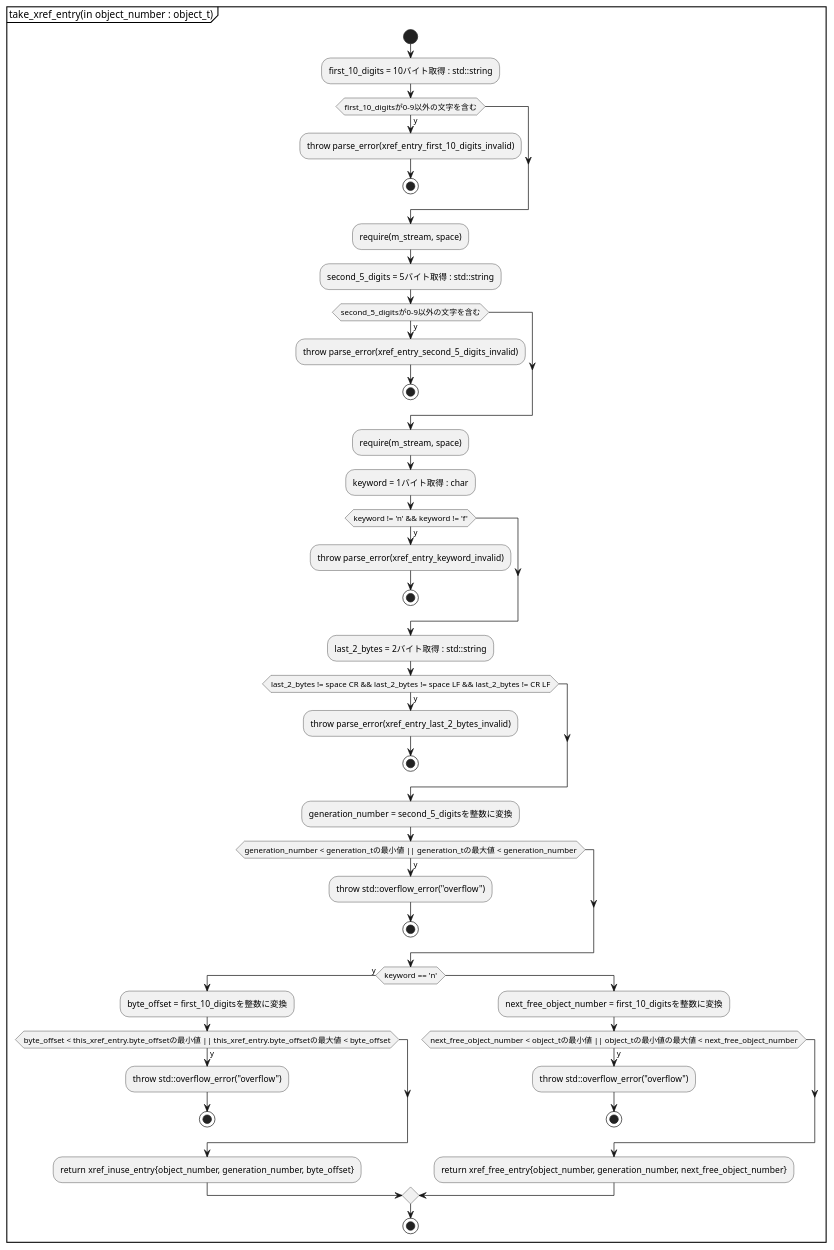
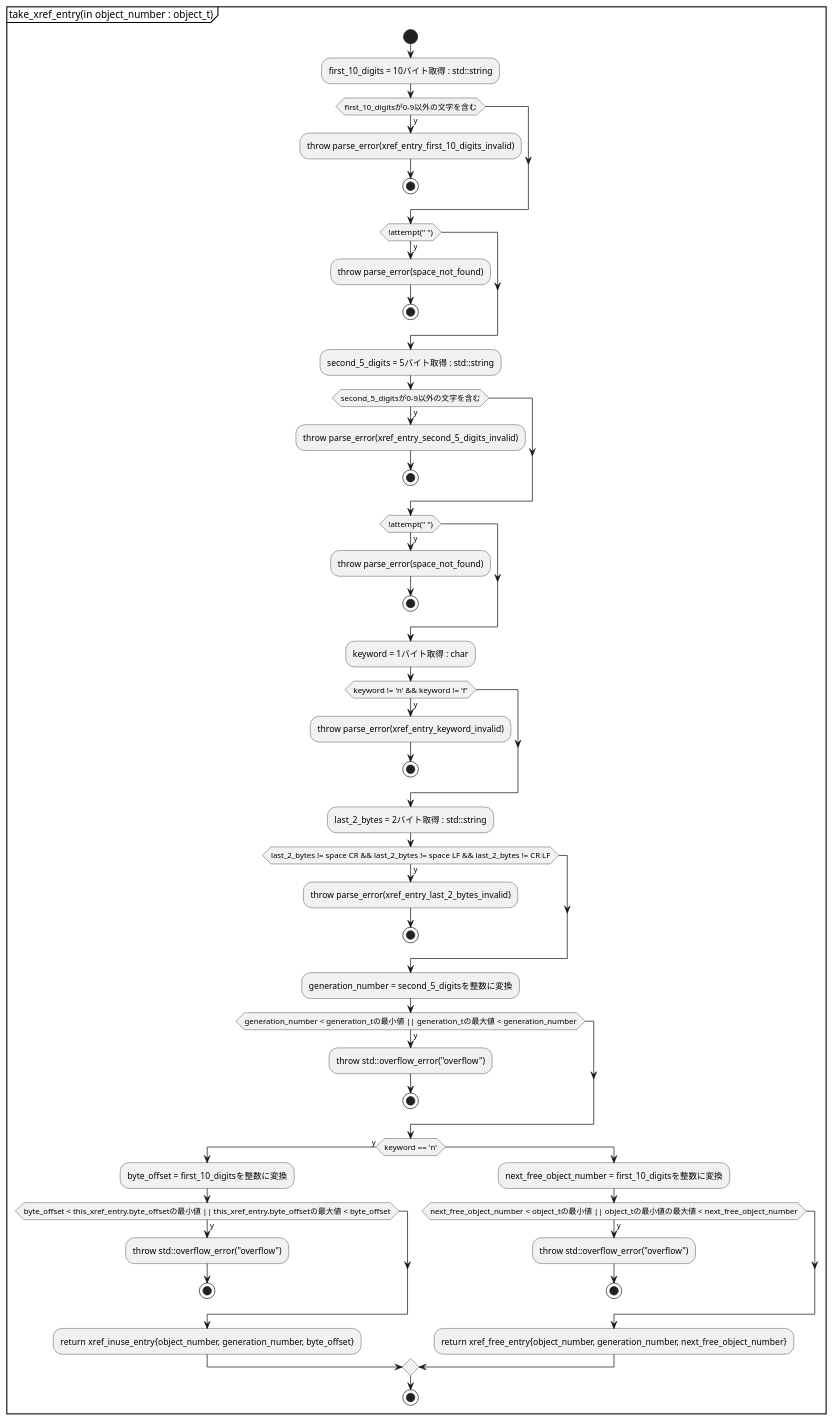
One commit to KodaiYM/PDFReader changed the ninth of 16 diagrams in document/stream_parser.activity.pu. Above: the diagram before and after it, drawn with PlantUML. The commit also changed other lines of this file and 4 other files, not shown here.

```diff
--- a/document/stream_parser.activity.pu
+++ b/document/stream_parser.activity.pu
@@ -117,49 +185,55 @@
 @startuml take_xref_entry
 partition "take_xref_entry(in object_number : object_t)" {
 start
 	:first_10_digits = 10バイト取得 : std::string;
 	if (first_10_digitsが0-9以外の文字を含む) then (y)
 		:throw parse_error(xref_entry_first_10_digits_invalid);
 		stop
 	endif
-	:require(m_stream, space);
+	if (!attempt(" ")) then (y)
+		:throw parse_error(space_not_found);
+		stop
+	endif
 	:second_5_digits = 5バイト取得 : std::string;
 	if (second_5_digitsが0-9以外の文字を含む) then (y)
 		:throw parse_error(xref_entry_second_5_digits_invalid);
 		stop
 	endif
-	:require(m_stream, space);
+	if (!attempt(" ")) then (y)
+		:throw parse_error(space_not_found);
+		stop
+	endif
 	:keyword = 1バイト取得 : char;
 	if (keyword != 'n' && keyword != 'f') then (y)
 		:throw parse_error(xref_entry_keyword_invalid);
 		stop
 	endif
 	:last_2_bytes = 2バイト取得 : std::string;
 	if (last_2_bytes != space CR && last_2_bytes != space LF && last_2_bytes != CR LF) then (y)
 		:throw parse_error(xref_entry_last_2_bytes_invalid);
 		stop
 	endif
 
 	:generation_number = second_5_digitsを整数に変換;
 	if (generation_number < generation_tの最小値 || generation_tの最大値 < generation_number) then (y)
 		:throw std::overflow_error("overflow");
 		stop
 	endif
 	if (keyword == 'n') then (y)
 		:byte_offset = first_10_digitsを整数に変換;
 		if (byte_offset < this_xref_entry.byte_offsetの最小値 || this_xref_entry.byte_offsetの最大値 < byte_offset) then (y)
 			:throw std::overflow_error("overflow");
 			stop
 		endif
 		:return xref_inuse_entry{object_number, generation_number, byte_offset};
 	else
 		:next_free_object_number = first_10_digitsを整数に変換;
 		if (next_free_object_number < object_tの最小値 || object_tの最小値の最大値 < next_free_object_number) then (y)
 			:throw std::overflow_error("overflow");
 			stop
 		endif
 		:return xref_free_entry{object_number, generation_number, next_free_object_number};
 	endif
 stop
 }
 @enduml
```
